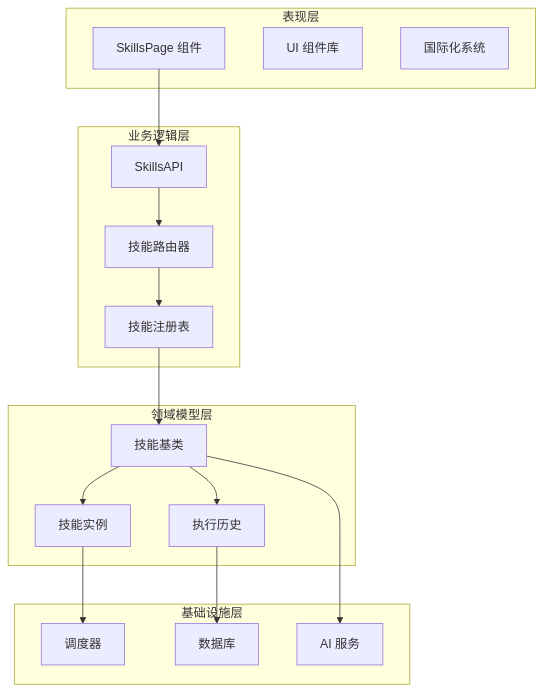
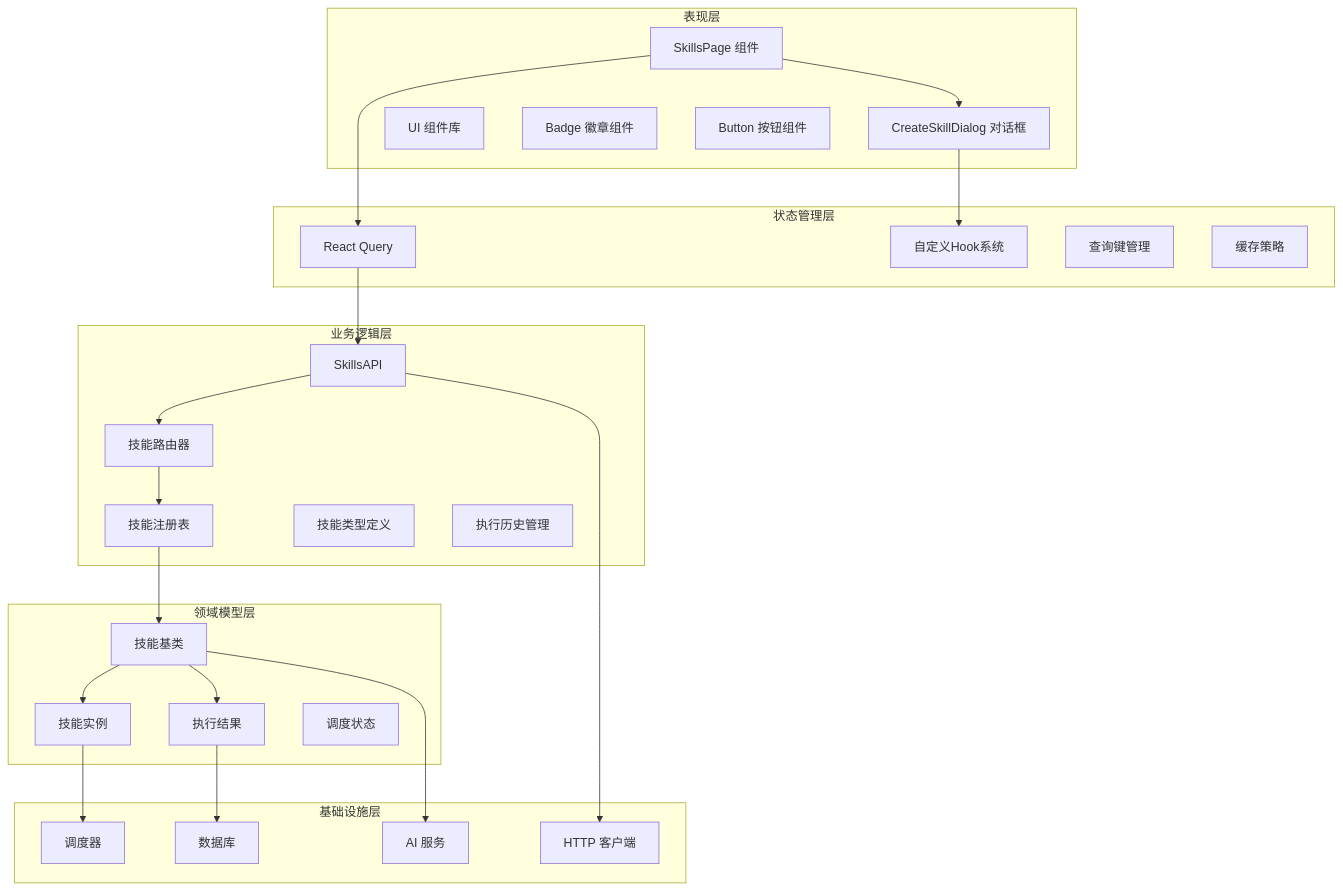
Diagram 12 of 12 in .qoder/repowiki/zh/content/前端架构/技能管理前端页面.md (jackeyunjie/open-notebook), drawn with Mermaid before and after one commit. The commit also changed other lines of this file and 24 other files, not shown here.

````diff
--- a/.qoder/repowiki/zh/content/前端架构/技能管理前端页面.md
+++ b/.qoder/repowiki/zh/content/前端架构/技能管理前端页面.md
@@ -411,32 +550,48 @@
 ```mermaid
 graph TB
 subgraph "表现层"
 A[SkillsPage 组件]
-B[UI 组件库]
-C[国际化系统]
+B[CreateSkillDialog 对话框]
+C[UI 组件库]
+D[Badge 徽章组件]
+E[Button 按钮组件]
+end
+subgraph "状态管理层"
+F[React Query]
+G[自定义Hook系统]
+H[查询键管理]
+I[缓存策略]
 end
 subgraph "业务逻辑层"
-D[SkillsAPI]
-E[技能路由器]
-F[技能注册表]
+J[SkillsAPI]
+K[技能路由器]
+L[技能注册表]
+M[技能类型定义]
+N[执行历史管理]
 end
 subgraph "领域模型层"
-G[技能基类]
-H[技能实例]
-I[执行历史]
+O[技能基类]
+P[技能实例]
+Q[执行结果]
+R[调度状态]
 end
 subgraph "基础设施层"
-J[调度器]
-K[数据库]
-L[AI 服务]
+S[调度器]
+T[数据库]
+U[AI 服务]
+V[HTTP 客户端]
 end
-A --> D
-D --> E
-E --> F
-F --> G
-G --> H
-G --> I
-H --> J
-I --> K
-G --> L
+A --> B
+A --> F
+B --> G
+F --> J
+J --> K
+K --> L
+L --> O
+O --> P
+O --> Q
+P --> S
+Q --> T
+O --> U
+J --> V
 ```
````
